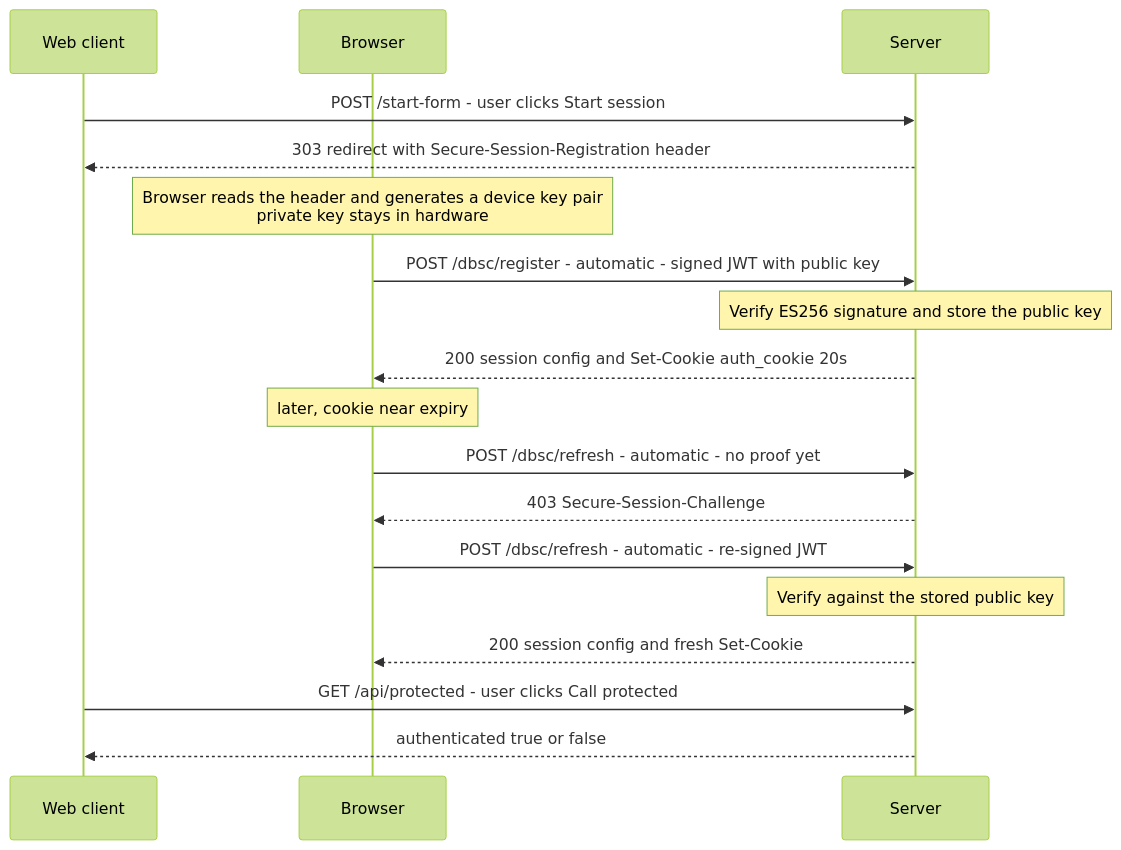
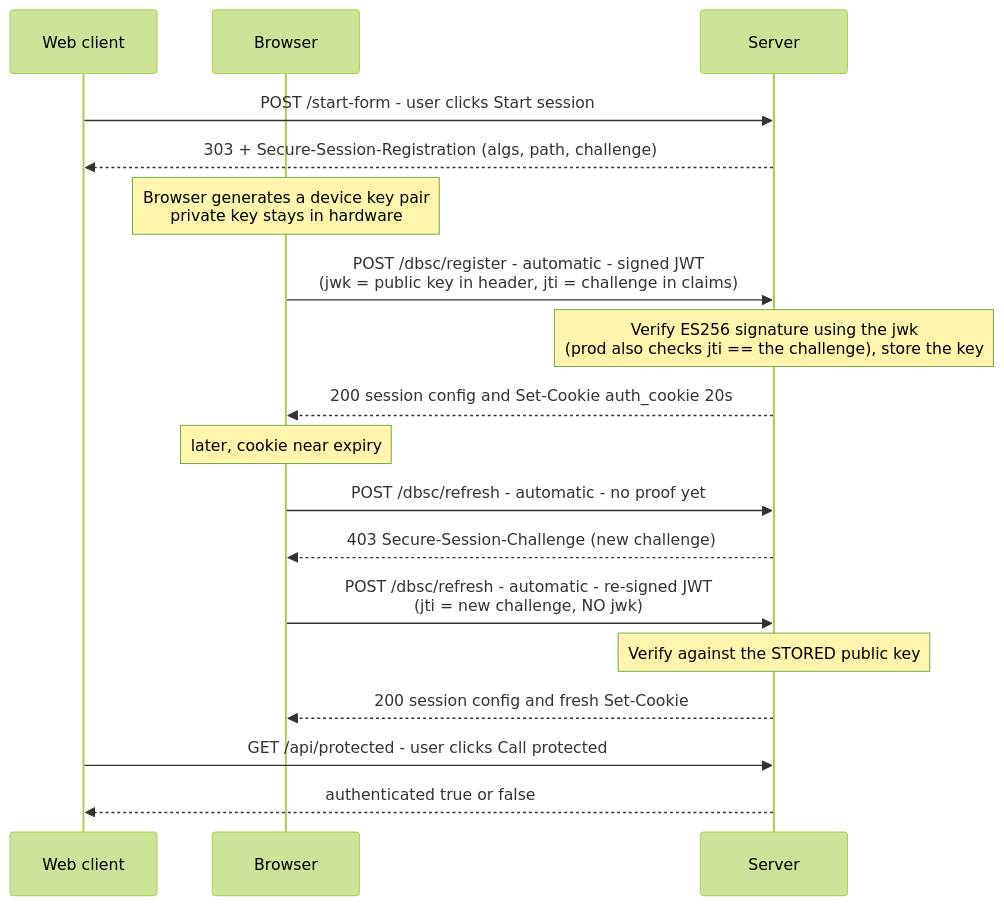
Before and after one commit to Alzayady/dbsc: the diagram in README.md, drawn with Mermaid (forest theme). The commit also changed other lines of this file, not shown here.

Commit message:
README: explain jwk (device public key) and jti (challenge) in the endpoints table, both flow diagrams, and a new JWT-contents callout

````diff
--- a/README.md
+++ b/README.md
@@ -51,21 +51,21 @@
 ```mermaid
 sequenceDiagram
     participant W as Web client
     participant B as Browser
     participant S as Server
 
     W->>S: POST /start-form - user clicks Start session
-    S-->>W: 303 redirect with Secure-Session-Registration header
-    Note over B: Browser reads the header and generates a device key pair<br/>private key stays in hardware
-    B->>S: POST /dbsc/register - automatic - signed JWT with public key
-    Note over S: Verify ES256 signature and store the public key
+    S-->>W: 303 + Secure-Session-Registration (algs, path, challenge)
+    Note over B: Browser generates a device key pair<br/>private key stays in hardware
+    B->>S: POST /dbsc/register - automatic - signed JWT<br/>(jwk = public key in header, jti = challenge in claims)
+    Note over S: Verify ES256 signature using the jwk<br/>(prod also checks jti == the challenge), store the key
     S-->>B: 200 session config and Set-Cookie auth_cookie 20s
     Note over B: later, cookie near expiry
     B->>S: POST /dbsc/refresh - automatic - no proof yet
-    S-->>B: 403 Secure-Session-Challenge
-    B->>S: POST /dbsc/refresh - automatic - re-signed JWT
-    Note over S: Verify against the stored public key
+    S-->>B: 403 Secure-Session-Challenge (new challenge)
+    B->>S: POST /dbsc/refresh - automatic - re-signed JWT<br/>(jti = new challenge, NO jwk)
+    Note over S: Verify against the STORED public key
     S-->>B: 200 session config and fresh Set-Cookie
     W->>S: GET /api/protected - user clicks Call protected
     S-->>W: authenticated true or false
 ```
````
